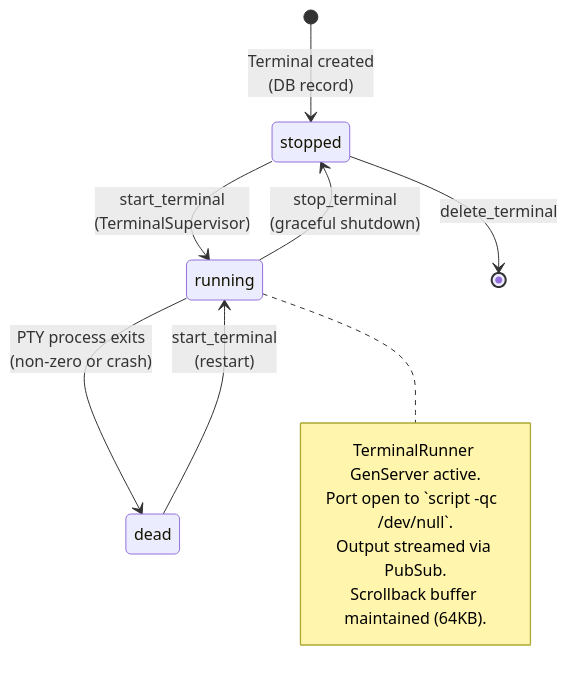
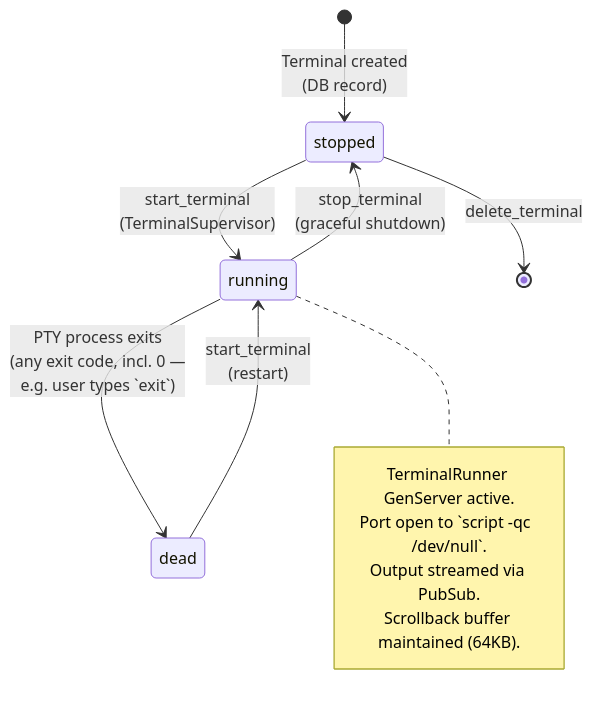
Before and after one commit to zingbretsen/orca_hub: the third of 3 diagrams in .context/terminals.md, drawn with Mermaid. The commit also changed 5 other files, not shown here.

First line of the commit message:
Refresh .context architecture docs to match current code (scheduled audit)

````diff
--- a/.context/terminals.md
+++ b/.context/terminals.md
@@ -99,17 +99,17 @@
 ```mermaid
 stateDiagram-v2
     [*] --> stopped: Terminal created<br>(DB record)
 
     stopped --> running: start_terminal<br>(TerminalSupervisor)
     running --> stopped: stop_terminal<br>(graceful shutdown)
-    running --> dead: PTY process exits<br>(non-zero or crash)
+    running --> dead: PTY process exits<br>(any exit code, incl. 0 —<br>e.g. user types `exit`)
     dead --> running: start_terminal<br>(restart)
     stopped --> [*]: delete_terminal
 
     note right of running
         TerminalRunner GenServer active.
         Port open to `script -qc <shell> /dev/null`.
         Output streamed via PubSub.
         Scrollback buffer maintained (64KB).
     end note
 ```
````
